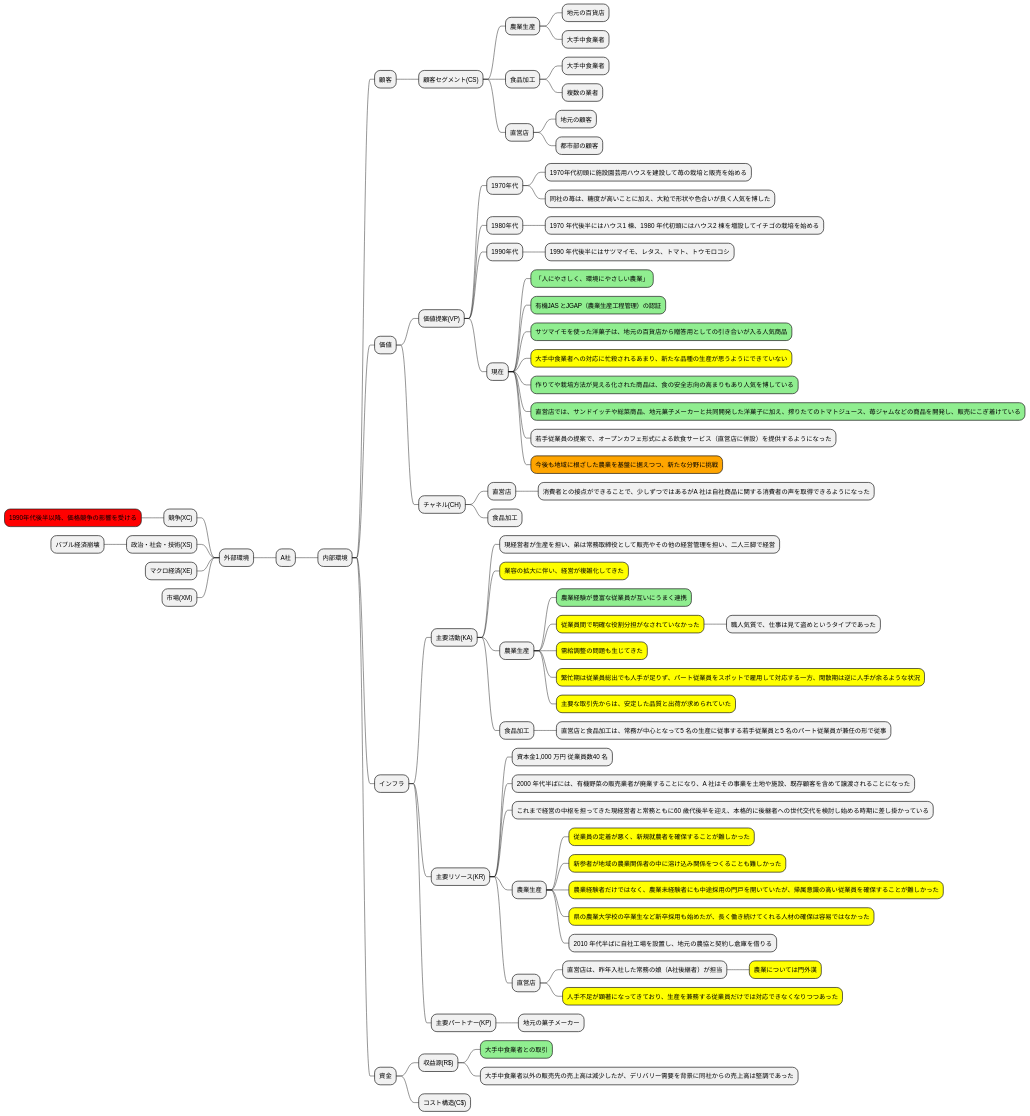
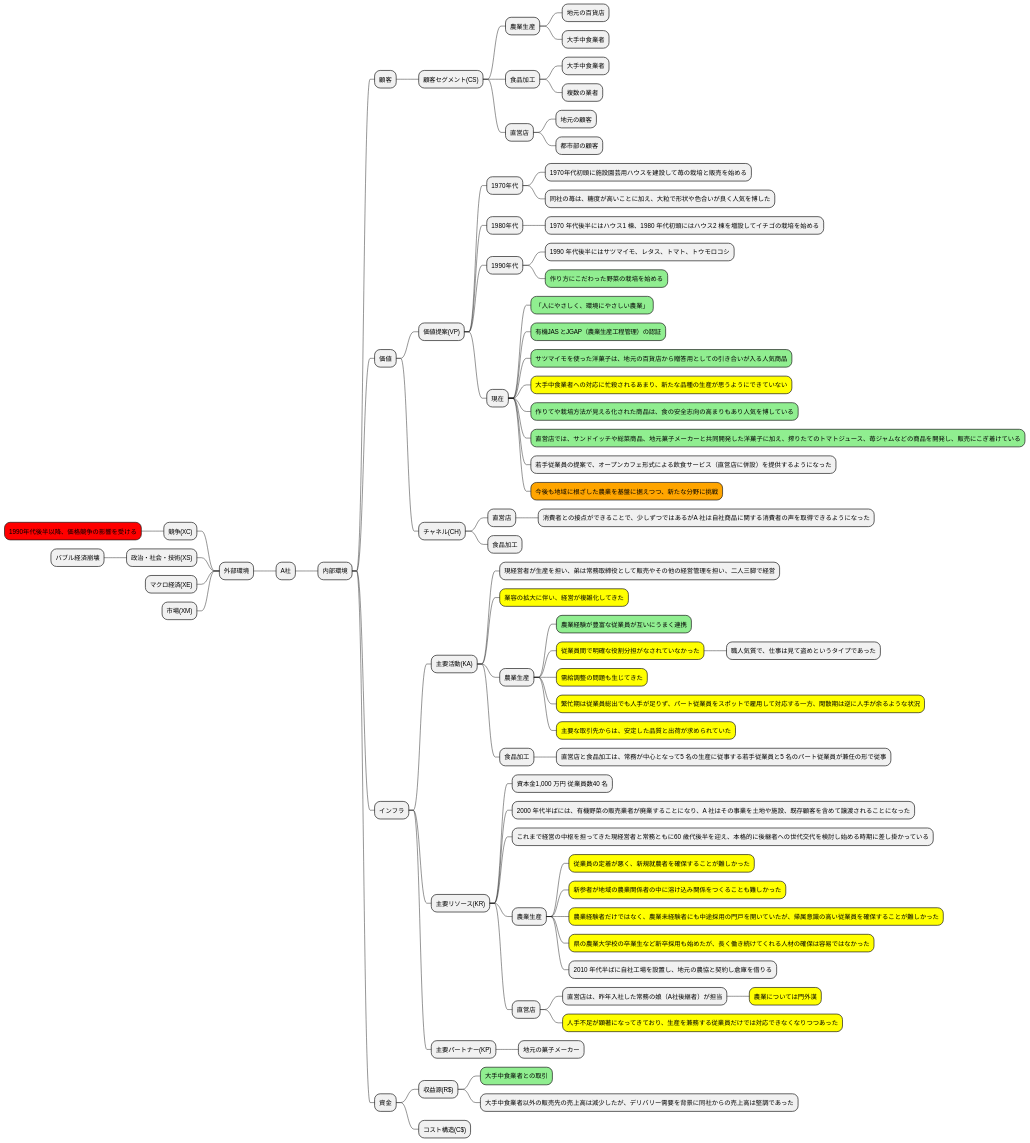
The second of 16 diagrams in docs/case/r04_case_1.adoc (k2works/case-sutudy-business-analysis), drawn with PlantUML before and after one commit. The commit also changed other lines of this file and 1 other file, not shown here.

```diff
--- a/docs/case/r04_case_1.adoc
+++ b/docs/case/r04_case_1.adoc
@@ -92,6 +92,7 @@
 ****** 1970 年代後半にはハウス1 棟、1980 年代初頭にはハウス2 棟を増設してイチゴの栽培を始める
 ***** 1990年代
 ****** 1990 年代後半にはサツマイモ、レタス、トマト、トウモロコシ
+******[#lightgreen] 作り方にこだわった野菜の栽培を始める
 ***** 現在
 ******[#lightgreen] 「人にやさしく、環境にやさしい農業」
 ******[#lightgreen] 有機JAS とJGAP（農業生産工程管理）の認証
```
